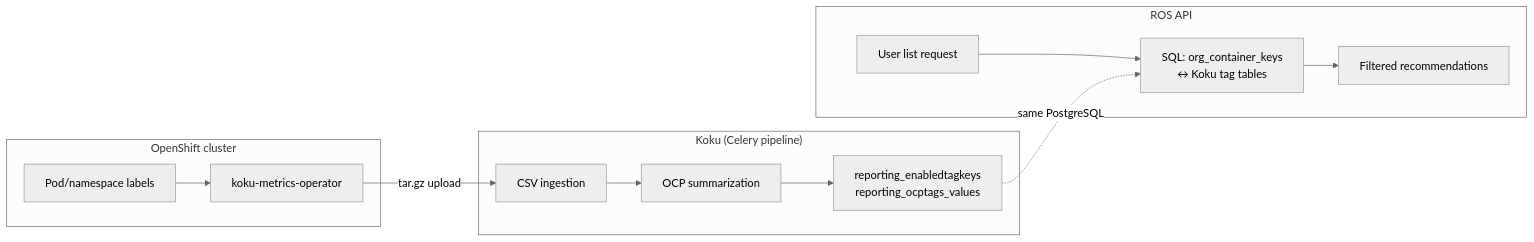
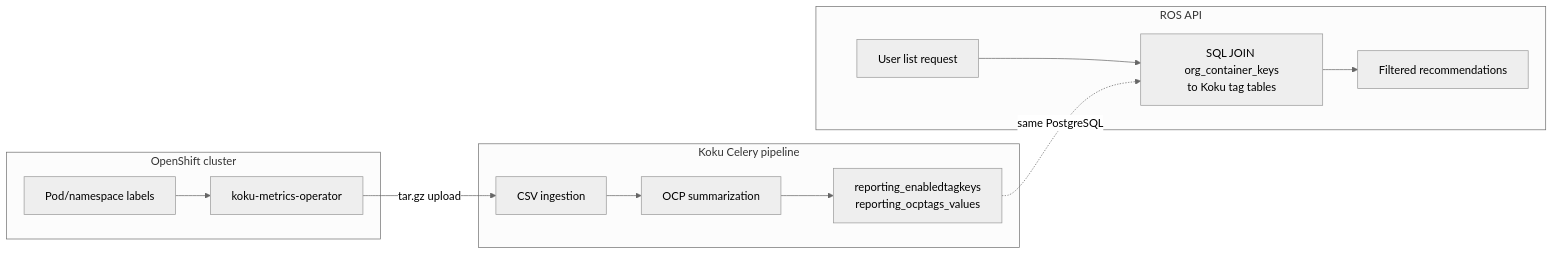
One commit to pgarciaq/ros-ocp-backend changed the first of 2 diagrams in docs/features/tag-filtering.md. Above: the diagram before and after it, drawn with Mermaid (neutral theme). The commit also changed other lines of this file and 1 other file, not shown here.

First line of the commit message:
Fix Mermaid v11 syntax in tag-filtering docs

````diff
--- a/docs/features/tag-filtering.md
+++ b/docs/features/tag-filtering.md
@@ -40,22 +40,22 @@
 ```mermaid
 flowchart LR
     subgraph cluster["OpenShift cluster"]
         OP[Pod/namespace labels]
         MO[koku-metrics-operator]
         OP --> MO
     end
-    subgraph koku["Koku (Celery pipeline)"]
+    subgraph koku["Koku Celery pipeline"]
         ING[CSV ingestion]
         SUM[OCP summarization]
         TAGT["reporting_enabledtagkeys<br/>reporting_ocptags_values"]
         ING --> SUM --> TAGT
     end
     subgraph ros["ROS API"]
         REQ[User list request]
-        JOIN["SQL: org_container_keys<br/>↔ Koku tag tables"]
+        JOIN["SQL JOIN org_container_keys<br/>to Koku tag tables"]
         RESP[Filtered recommendations]
         REQ --> JOIN --> RESP
     end
     MO -->|tar.gz upload| ING
     TAGT -.->|same PostgreSQL| JOIN
 ```
````
